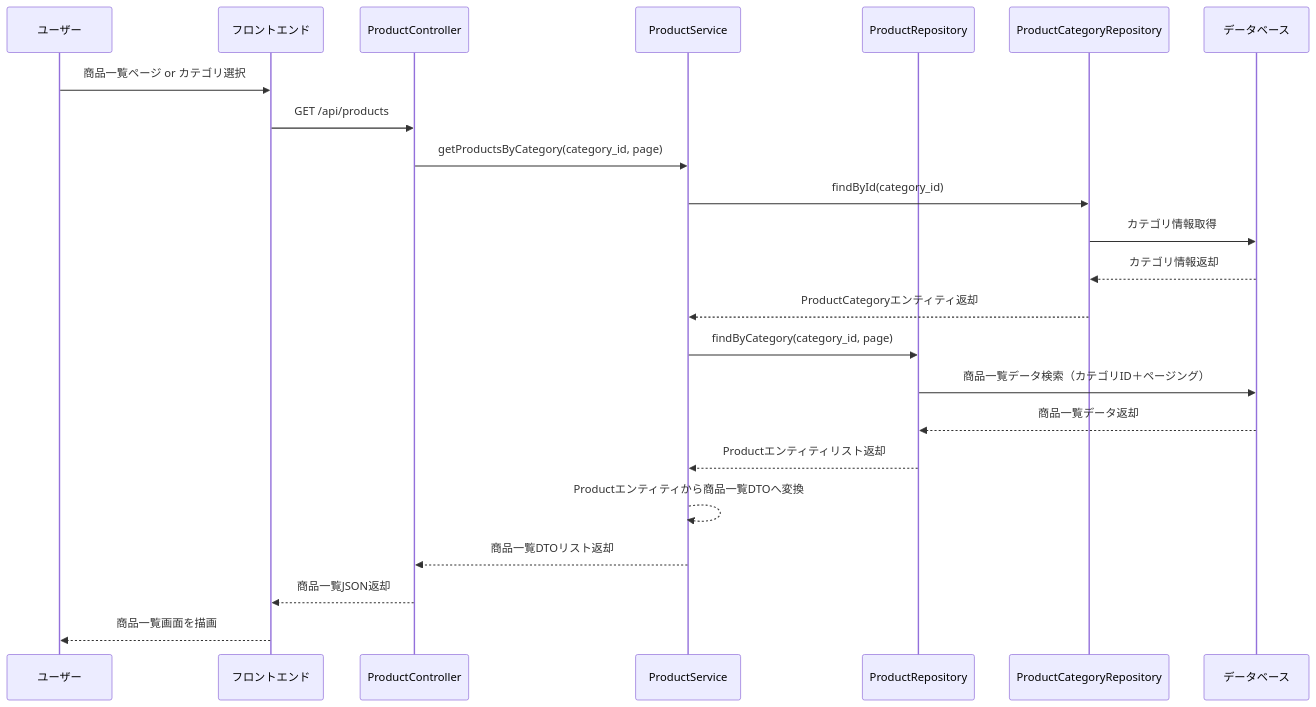
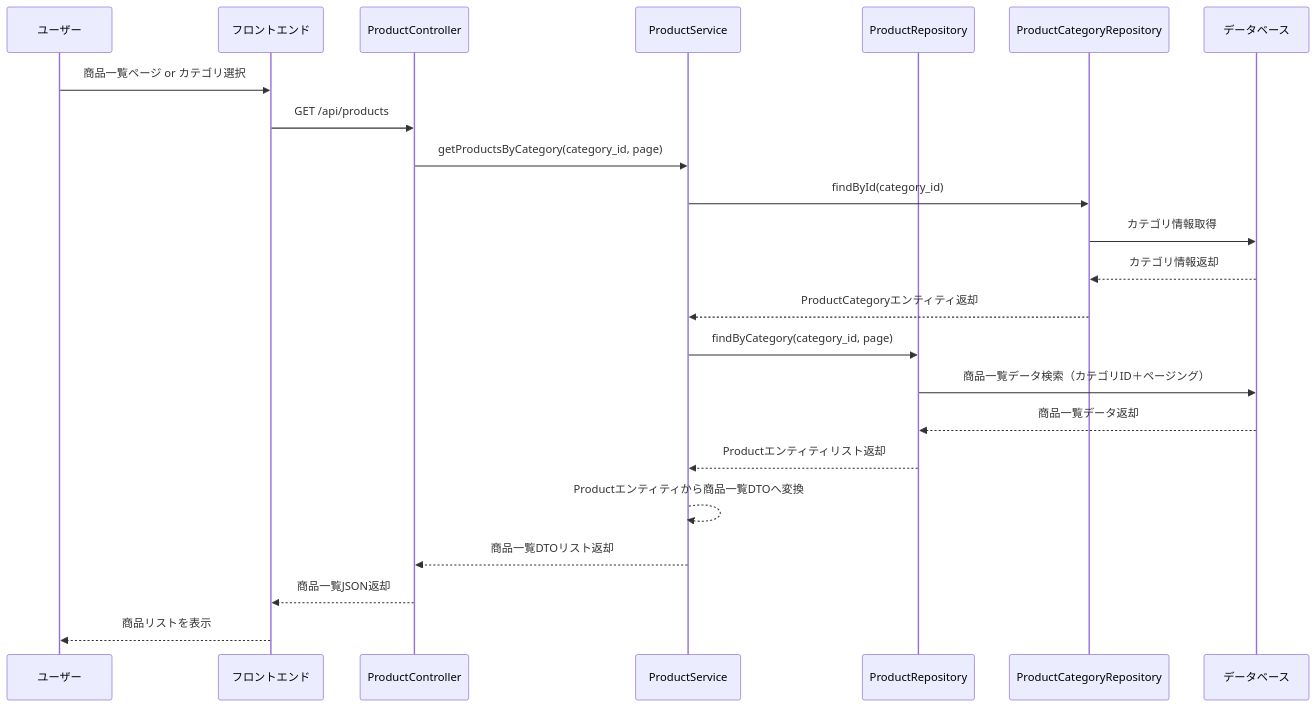
One commit to Aoi-Yaegashi/teamF changed the third of 36 diagrams in 詳細設計/提出用/詳細設計書.md. Above: the diagram before and after it, drawn with Mermaid. The commit also changed other lines of this file and 1 other file, not shown here.

```diff
--- a/詳細設計/提出用/詳細設計書.md
+++ b/詳細設計/提出用/詳細設計書.md
@@ -436,26 +436,26 @@
    <div class="mermaid">
    sequenceDiagram
     participant User as ユーザー
     participant Browser as フロントエンド
     participant Controller as ProductController
     participant Service as ProductService
     participant ProductRepo as ProductRepository
     participant CategoryRepo as ProductCategoryRepository
     participant DB as データベース
 
     User->>Browser: 商品一覧ページ or カテゴリ選択
     Browser->>Controller: GET /api/products
     Controller->>Service: getProductsByCategory(category_id, page)
     Service->>CategoryRepo: findById(category_id)
     CategoryRepo->>DB: カテゴリ情報取得
     DB-->>CategoryRepo: カテゴリ情報返却
     CategoryRepo-->>Service: ProductCategoryエンティティ返却
     Service->>ProductRepo: findByCategory(category_id, page)
     ProductRepo->>DB: 商品一覧データ検索（カテゴリID＋ページング）
     DB-->>ProductRepo: 商品一覧データ返却
     ProductRepo-->>Service: Productエンティティリスト返却
     Service-->>Service: Productエンティティから商品一覧DTOへ変換
     Service-->>Controller: 商品一覧DTOリスト返却
     Controller-->>Browser: 商品一覧JSON返却
-    Browser-->>User: 商品一覧画面を描画
+    Browser-->>User: 商品リストを表示
 </div>
```
